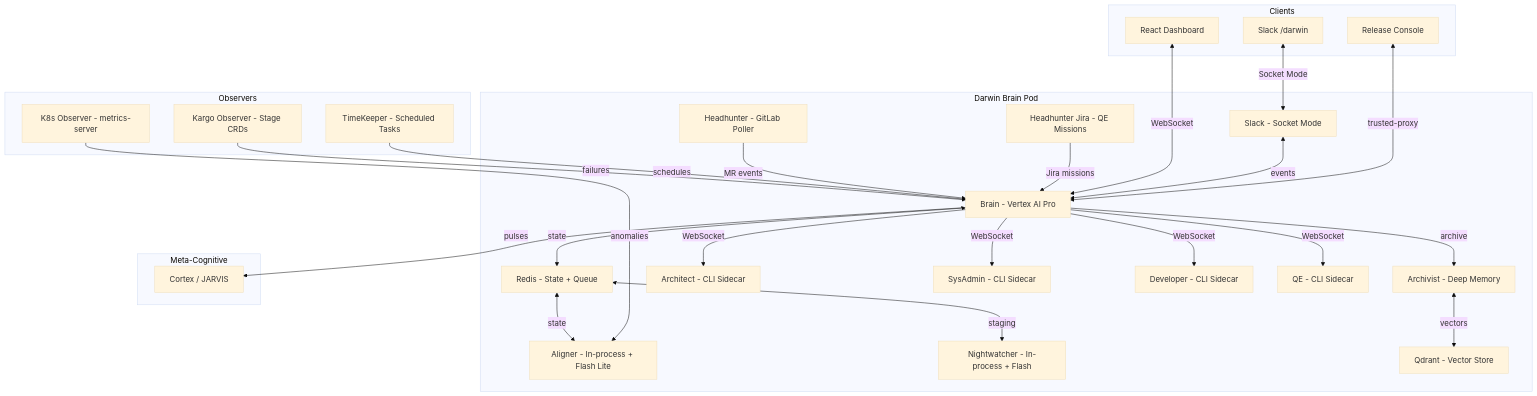
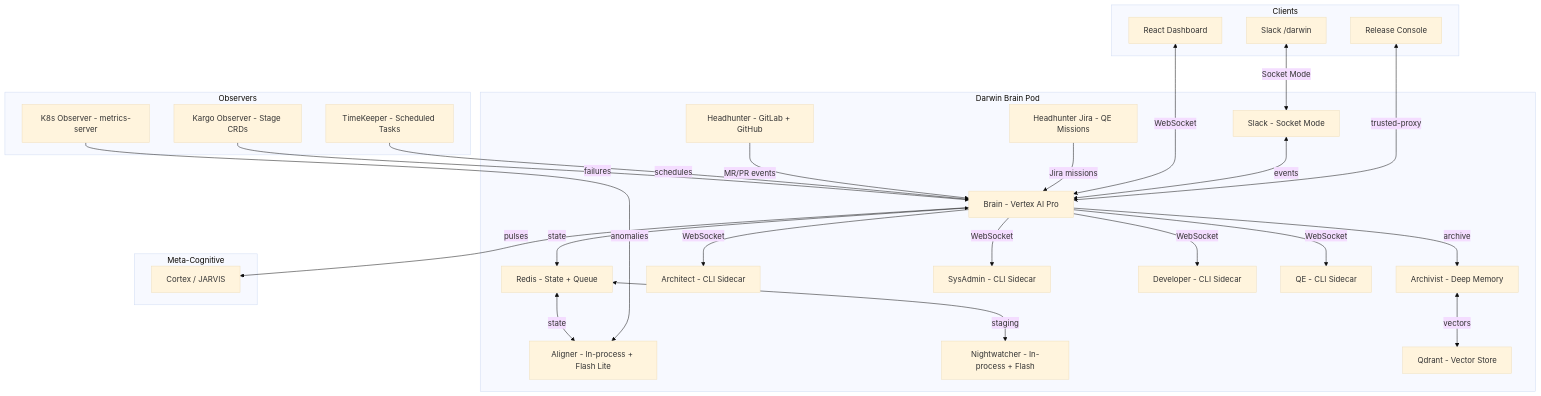
One commit to The-Darwin-Project/Blackboard changed the diagram in README.md. Above: the diagram before and after it, drawn with Mermaid (base theme). The commit also changed other lines of this file and 6 other files, not shown here.

````diff
--- a/README.md
+++ b/README.md
@@ -21,59 +21,59 @@
 ```mermaid
 graph TD
     subgraph pod [Darwin Brain Pod]
         Brain["Brain - Vertex AI Pro"]
         Redis["Redis - State + Queue"]
         Aligner["Aligner - In-process + Flash Lite"]
         Archivist["Archivist - Deep Memory"]
         Nightwatcher["Nightwatcher - In-process + Flash"]
-        Headhunter["Headhunter - GitLab Poller"]
+        Headhunter["Headhunter - GitLab + GitHub"]
         HeadhunterJira["Headhunter Jira - QE Missions"]
         Qdrant["Qdrant - Vector Store"]
         Slack["Slack - Socket Mode"]
 
         Architect["Architect - CLI Sidecar"]
         SysAdmin["SysAdmin - CLI Sidecar"]
         Developer["Developer - CLI Sidecar"]
         QE["QE - CLI Sidecar"]
     end
 
     subgraph meta [Meta-Cognitive]
         Cortex["Cortex / JARVIS"]
     end
 
     subgraph observers [Observers]
         K8sObs["K8s Observer - metrics-server"]
         KargoObs["Kargo Observer - Stage CRDs"]
         TimeKeeper["TimeKeeper - Scheduled Tasks"]
     end
 
     subgraph ui [Clients]
         Dashboard["React Dashboard"]
         SlackApp["Slack /darwin"]
         Console["Release Console"]
     end
 
     Brain <-->|state| Redis
     Redis <-->|state| Aligner
     Redis <-->|staging| Nightwatcher
     Brain -->|archive| Archivist
     Archivist <-->|vectors| Qdrant
 
     Brain -->|WebSocket| Architect
     Brain -->|WebSocket| SysAdmin
     Brain -->|WebSocket| Developer
     Brain -->|WebSocket| QE
 
     Brain -->|pulses| Cortex
 
     K8sObs -->|anomalies| Aligner
     KargoObs -->|failures| Brain
     TimeKeeper -->|schedules| Brain
-    Headhunter -->|MR events| Brain
+    Headhunter -->|MR/PR events| Brain
     HeadhunterJira -->|Jira missions| Brain
 
     Dashboard <-->|WebSocket| Brain
     SlackApp <-->|Socket Mode| Slack
     Slack <-->|events| Brain
     Console <-->|trusted-proxy| Brain
 ```
````
